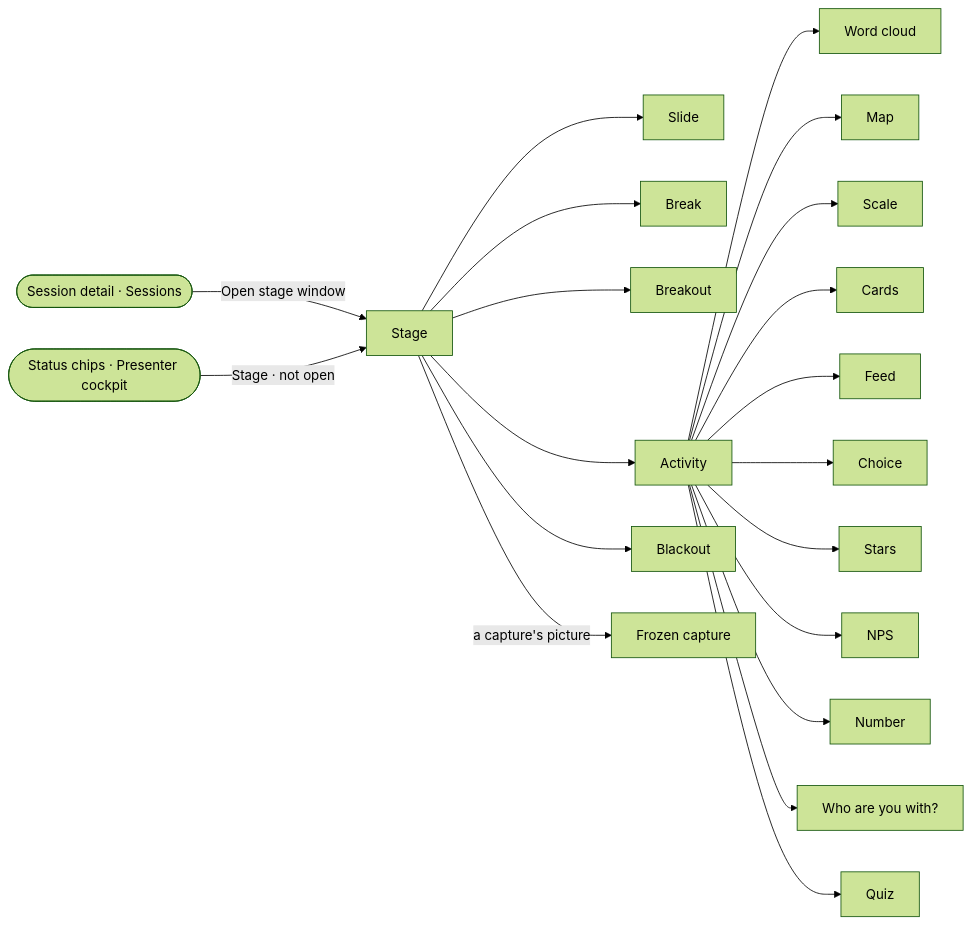
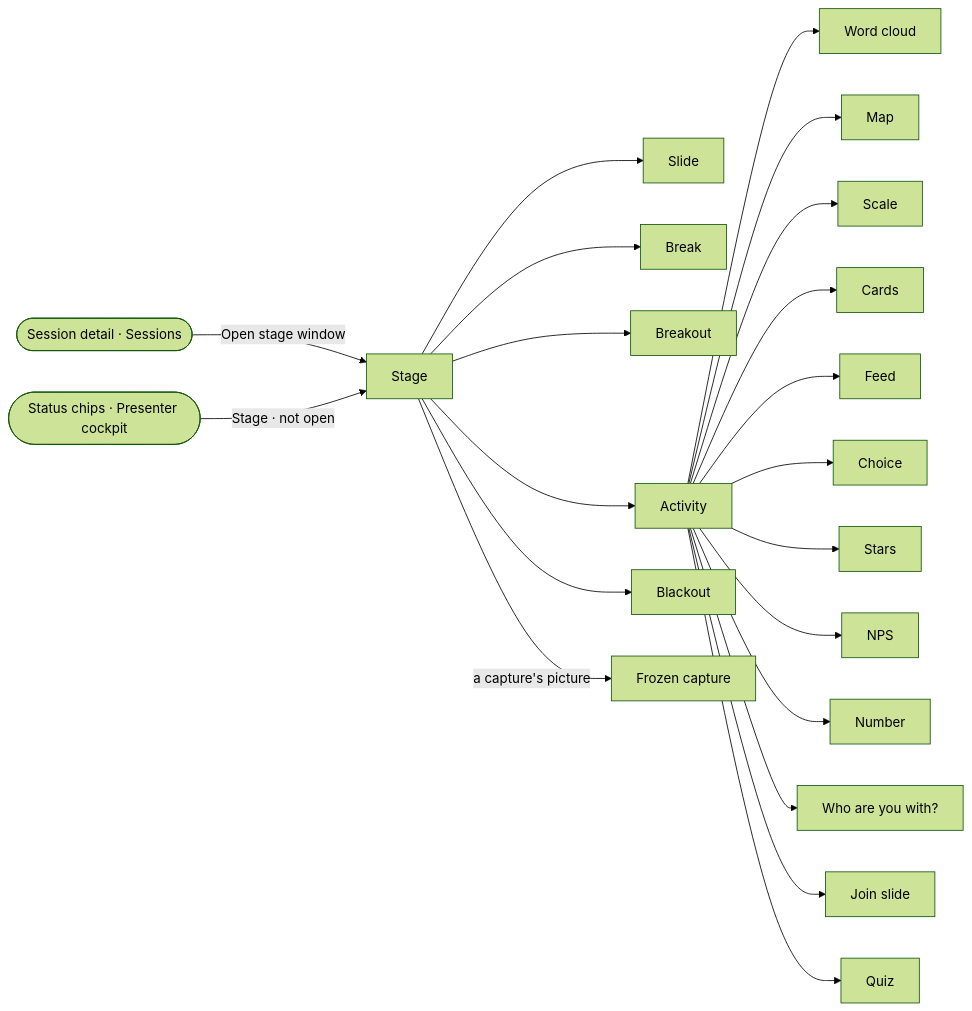
One commit to ferraroroberto/facilitation-suite changed the tenth of 12 diagrams in docs/ux-surface-map.md. Above: the diagram before and after it, drawn with Mermaid (forest theme). The commit also changed other lines of this file and 19 other files, not shown here.

First line of the commit message:
feat: QR join badge on poll slides and a Join slide (#602)

````diff
--- a/docs/ux-surface-map.md
+++ b/docs/ux-surface-map.md
@@ -1914,42 +1914,44 @@
 ```mermaid
 flowchart LR
   s120["Stage"]
   s121["Slide"]
   s122["Break"]
   s123["Breakout"]
   s124["Activity"]
   s125["Word cloud"]
   s126["Map"]
   s127["Scale"]
   s128["Cards"]
   s129["Feed"]
   s130["Choice"]
   s131["Stars"]
   s132["NPS"]
   s133["Number"]
   s134["Who are you with?"]
-  s135["Quiz"]
-  s136["Blackout"]
-  s137["Frozen capture"]
+  s135["Join slide"]
+  s136["Quiz"]
+  s137["Blackout"]
+  s138["Frozen capture"]
   s17(["Session detail · Sessions"])
   s93(["Status chips · Presenter cockpit"])
   s17 -->|"Open stage window"| s120
   s93 -->|"Stage · not open"| s120
   s120 --> s121
   s120 --> s122
   s120 --> s123
   s120 --> s124
-  s120 --> s136
-  s120 -->|"a capture's picture"| s137
+  s120 --> s137
+  s120 -->|"a capture's picture"| s138
   s124 --> s125
   s124 --> s126
   s124 --> s127
   s124 --> s128
   s124 --> s129
   s124 --> s130
   s124 --> s131
   s124 --> s132
   s124 --> s133
   s124 --> s134
   s124 --> s135
+  s124 --> s136
 ```
````
